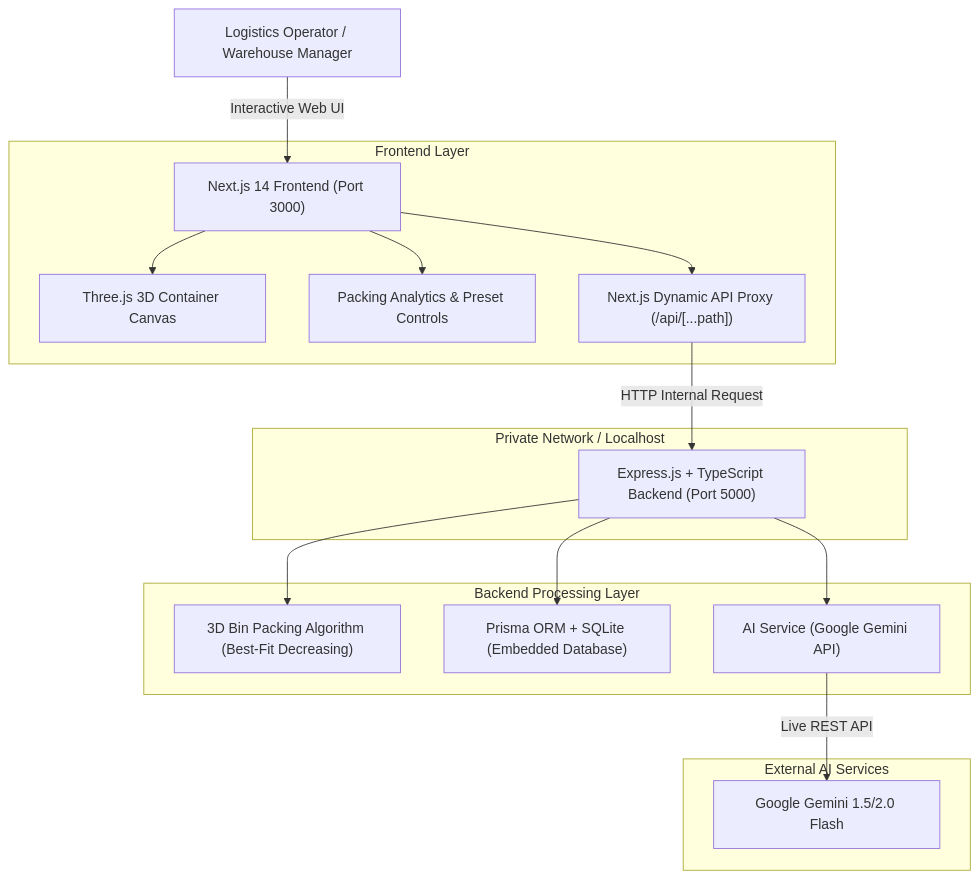
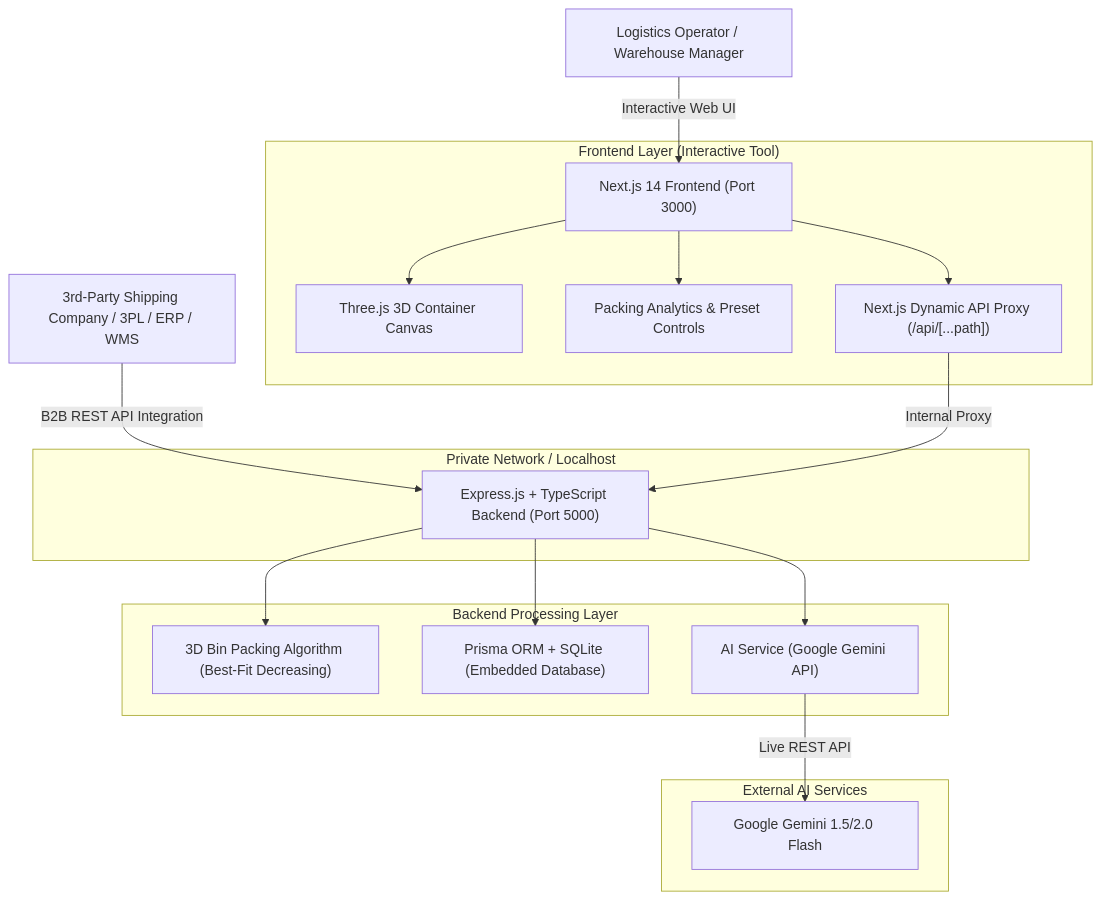
One commit to chandan916/PackAI changed the diagram in README.md. Above: the diagram before and after it, drawn with Mermaid. The commit also changed other lines of this file, not shown here.

````diff
--- a/README.md
+++ b/README.md
@@ -32,24 +39,25 @@
 ```mermaid
 graph TD
     User["Logistics Operator / Warehouse Manager"] -->|Interactive Web UI| Frontend["Next.js 14 Frontend (Port 3000)"]
+    ExternalCompany["3rd-Party Shipping Company / 3PL / ERP / WMS"] -->|B2B REST API Integration| Backend["Express.js + TypeScript Backend (Port 5000)"]
     
-    subgraph "Frontend Layer"
+    subgraph "Frontend Layer (Interactive Tool)"
         Frontend --> ThreeJS["Three.js 3D Container Canvas"]
         Frontend --> Dashboard["Packing Analytics & Preset Controls"]
         Frontend --> DynamicProxy["Next.js Dynamic API Proxy (/api/[...path])"]
     end
 
     subgraph "Private Network / Localhost"
-        DynamicProxy -->|HTTP Internal Request| Backend["Express.js + TypeScript Backend (Port 5000)"]
+        DynamicProxy -->|Internal Proxy| Backend
     end
 
     subgraph "Backend Processing Layer"
         Backend --> PackingEngine["3D Bin Packing Algorithm (Best-Fit Decreasing)"]
         Backend --> PrismaDB["Prisma ORM + SQLite (Embedded Database)"]
         Backend --> GeminiService["AI Service (Google Gemini API)"]
     end
 
     subgraph "External AI Services"
         GeminiService -->|Live REST API| GeminiAI["Google Gemini 1.5/2.0 Flash"]
     end
 ```
````
